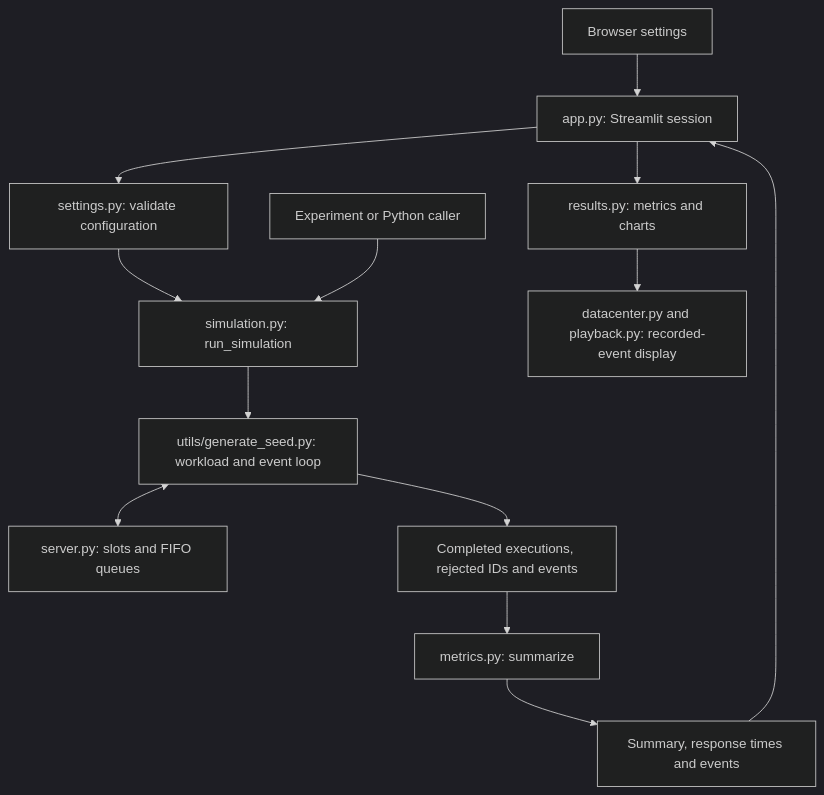
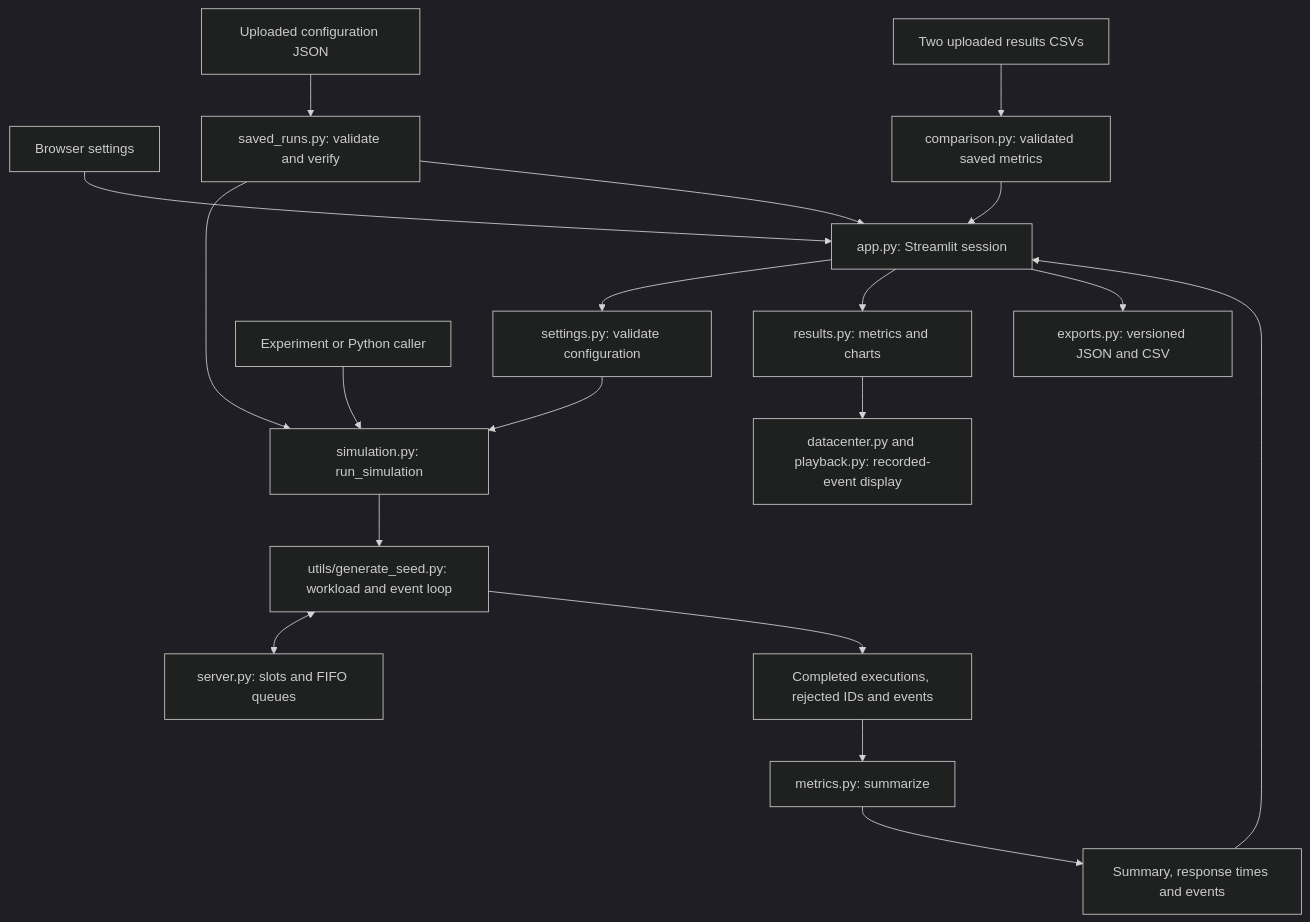
Before and after one commit to ec528-fall26/load-balancing: the diagram in docs/design-document.md, drawn with Mermaid (dark theme). The commit also changed other lines of this file, not shown here.

````diff
--- a/docs/design-document.md
+++ b/docs/design-document.md
@@ -14,15 +20,21 @@
 ```mermaid
 flowchart TD
     User[Browser settings] --> App[app.py: Streamlit session]
     App --> Validation[settings.py: validate configuration]
     Validation --> Simulation[simulation.py: run_simulation]
     Script[Experiment or Python caller] --> Simulation
     Simulation --> Engine[utils/generate_seed.py: workload and event loop]
     Engine <--> Server[server.py: slots and FIFO queues]
     Engine --> Records[Completed executions, rejected IDs and events]
     Records --> Metrics[metrics.py: summarize]
     Metrics --> Summary[Summary, response times and events]
     Summary --> App
     App --> Results[results.py: metrics and charts]
     Results --> Replay[datacenter.py and playback.py: recorded-event display]
+    App --> Export[exports.py: versioned JSON and CSV]
+    Upload[Uploaded configuration JSON] --> Saved[saved_runs.py: validate and verify]
+    Saved --> Simulation
+    Saved --> App
+    CSV[Two uploaded results CSVs] --> Compare[comparison.py: validated saved metrics]
+    Compare --> App
 ```
````
